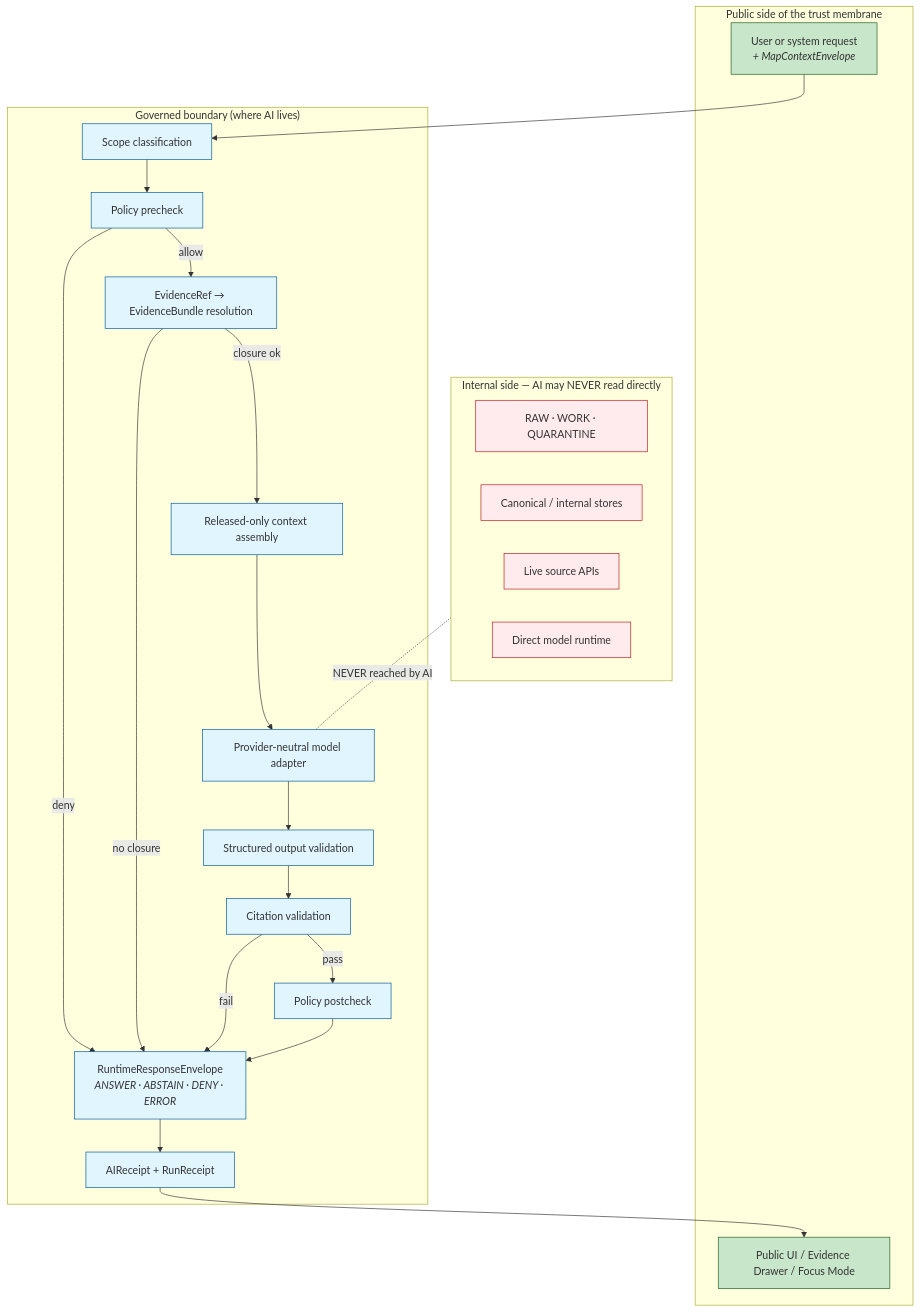
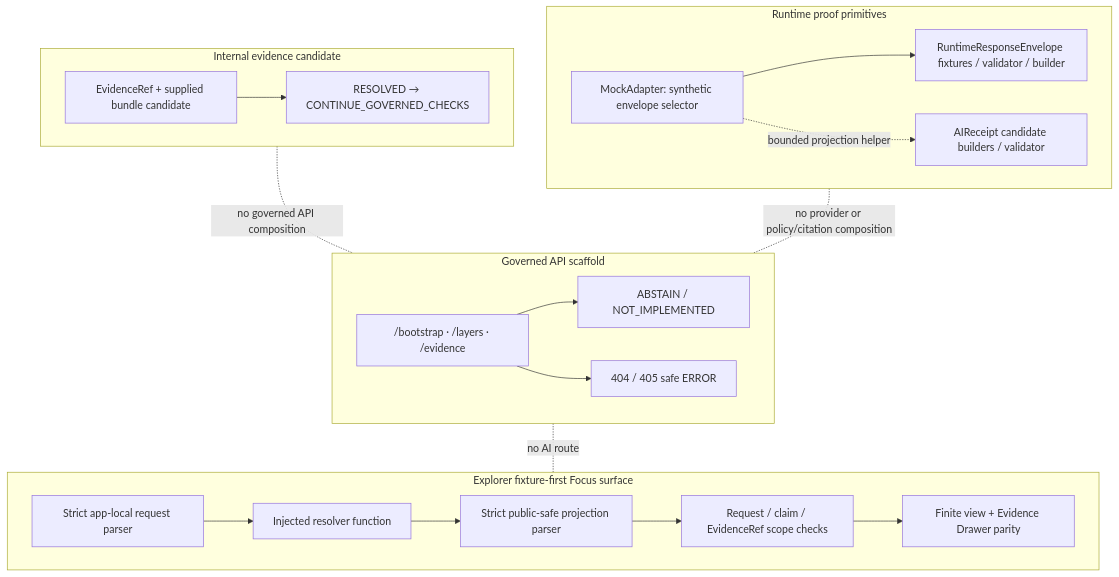
Before and after one commit to bartytime4life/Kansas-Frontier-Matrix: the first of 2 diagrams in docs/architecture/governed-ai/BOUNDARIES.md, drawn with Mermaid. The commit also changed other lines of this file and 1 other file, not shown here.

Commit message:
docs(governed-ai): ground boundary architecture in current evidence

````diff
--- a/docs/architecture/governed-ai/BOUNDARIES.md
+++ b/docs/architecture/governed-ai/BOUNDARIES.md
@@ -161,46 +299,37 @@
 ```mermaid
 flowchart TB
-  subgraph PUBLIC["Public side of the trust membrane"]
-    USER["User or system request<br/><i>+ MapContextEnvelope</i>"]
-    UI["Public UI / Evidence Drawer / Focus Mode"]
+  subgraph CLIENT["Explorer fixture-first Focus surface"]
+    FR["Strict app-local request parser"]
+    IR["Injected resolver function"]
+    FP["Strict public-safe projection parser"]
+    SC["Request / claim / EvidenceRef scope checks"]
+    UI["Finite view + Evidence Drawer parity"]
+    FR --> IR --> FP --> SC --> UI
   end
-  subgraph GOV["Governed boundary (where AI lives)"]
-    SCOPE["Scope classification"]
-    PRE["Policy precheck"]
-    EVD["EvidenceRef → EvidenceBundle resolution"]
-    CTX["Released-only context assembly"]
-    ADAPT["Provider-neutral model adapter"]
-    OUTV["Structured output validation"]
-    CITV["Citation validation"]
-    POST["Policy postcheck"]
-    ENV["RuntimeResponseEnvelope<br/><i>ANSWER · ABSTAIN · DENY · ERROR</i>"]
-    REC["AIReceipt + RunReceipt"]
+
+  subgraph API["Governed API scaffold"]
+    REG["/bootstrap · /layers · /evidence"]
+    NEG["ABSTAIN / NOT_IMPLEMENTED"]
+    SAFE["404 / 405 safe ERROR"]
+    REG --> NEG
+    REG --> SAFE
   end
-  subgraph INTERNAL["Internal side — AI may NEVER read directly"]
-    RAW["RAW · WORK · QUARANTINE"]
-    CANON["Canonical / internal stores"]
-    SOURCE["Live source APIs"]
-    MODEL["Direct model runtime"]
+
+  subgraph EVIDENCE["Internal evidence candidate"]
+    ERC["EvidenceRef + supplied bundle candidate"]
+    RP["RESOLVED → CONTINUE_GOVERNED_CHECKS"]
+    ERC --> RP
   end
-  USER --> SCOPE
-  SCOPE --> PRE
-  PRE -- "deny" --> ENV
-  PRE -- "allow" --> EVD
-  EVD -- "no closure" --> ENV
-  EVD -- "closure ok" --> CTX
-  CTX --> ADAPT
-  ADAPT --> OUTV
-  OUTV --> CITV
-  CITV -- "fail" --> ENV
-  CITV -- "pass" --> POST
-  POST --> ENV
-  ENV --> REC
-  REC --> UI
-  INTERNAL -. NEVER reached by AI .- ADAPT
-  classDef pub fill:#c8e6c9,stroke:#1b5e20;
-  classDef gov fill:#e1f5fe,stroke:#01579b;
-  classDef int fill:#ffebee,stroke:#b71c1c;
-  class USER,UI pub;
-  class SCOPE,PRE,EVD,CTX,ADAPT,OUTV,CITV,POST,ENV,REC gov;
-  class RAW,CANON,SOURCE,MODEL int;
+
+  subgraph RUNTIME["Runtime proof primitives"]
+    MOCK["MockAdapter: synthetic envelope selector"]
+    ENV["RuntimeResponseEnvelope fixtures / validator / builder"]
+    REC["AIReceipt candidate builders / validator"]
+    MOCK --> ENV
+    MOCK -. "bounded projection helper" .-> REC
+  end
+
+  API -. "no AI route" .- CLIENT
+  EVIDENCE -. "no governed API composition" .- API
+  RUNTIME -. "no provider or policy/citation composition" .- API
 ```
````
